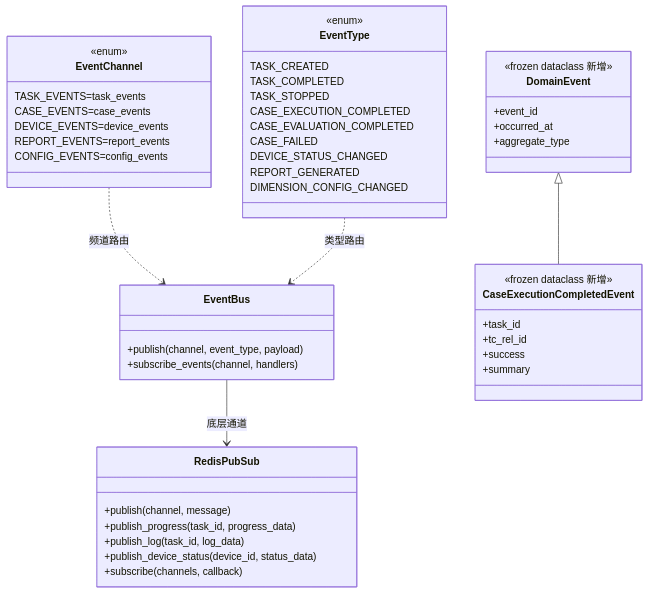
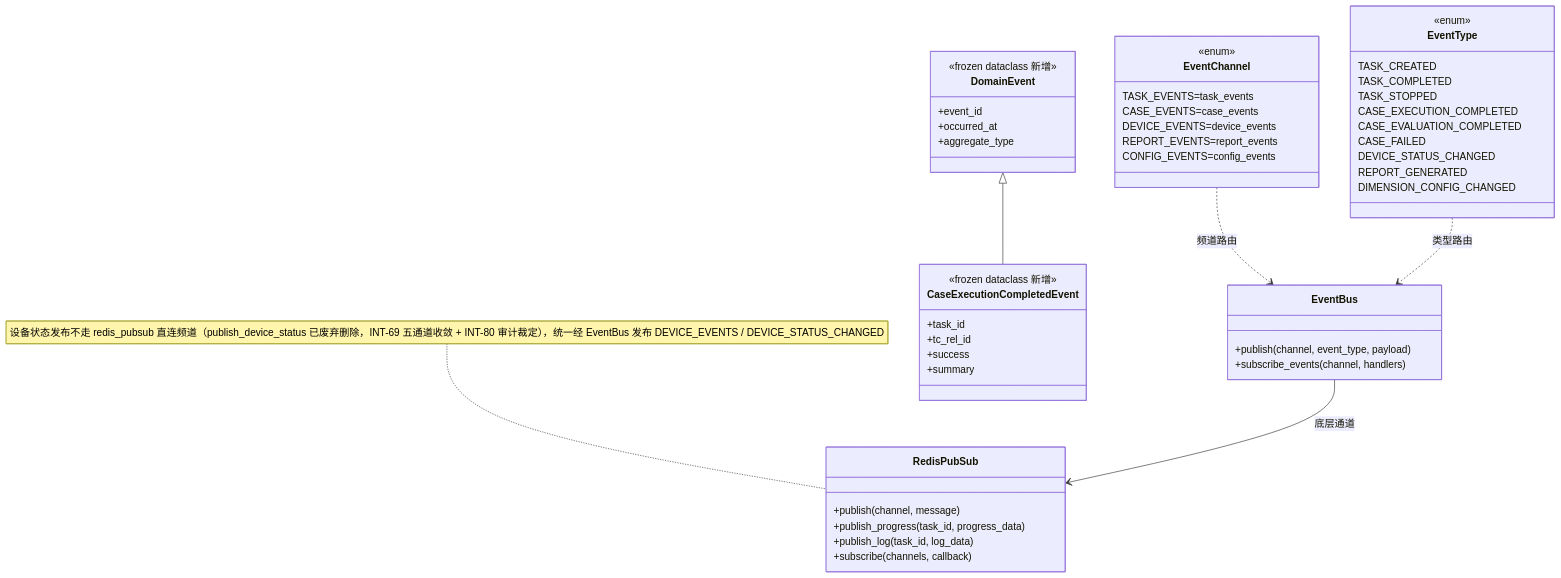
Before and after one commit to ydz-auto/intelligent_audio_test: the third of 17 diagrams in Intelligent-Audio-TEST/doc/功能设计文档/01_测试执行/04_类设计.md, drawn with Mermaid. The commit also changed 16 other files, not shown here.

````diff
--- a/Intelligent-Audio-TEST/doc/功能设计文档/01_测试执行/04_类设计.md
+++ b/Intelligent-Audio-TEST/doc/功能设计文档/01_测试执行/04_类设计.md
@@ -167,51 +167,51 @@
 ```mermaid
 classDiagram
     class EventChannel {
         <<enum>>
         TASK_EVENTS=task_events
         CASE_EVENTS=case_events
         DEVICE_EVENTS=device_events
         REPORT_EVENTS=report_events
         CONFIG_EVENTS=config_events
     }
     class EventType {
         <<enum>>
         TASK_CREATED
         TASK_COMPLETED
         TASK_STOPPED
         CASE_EXECUTION_COMPLETED
         CASE_EVALUATION_COMPLETED
         CASE_FAILED
         DEVICE_STATUS_CHANGED
         REPORT_GENERATED
         DIMENSION_CONFIG_CHANGED
     }
     class RedisPubSub {
         +publish(channel, message)
         +publish_progress(task_id, progress_data)
         +publish_log(task_id, log_data)
-        +publish_device_status(device_id, status_data)
         +subscribe(channels, callback)
     }
+    note for RedisPubSub "设备状态发布不走 redis_pubsub 直连频道（publish_device_status 已废弃删除，INT-69 五通道收敛 + INT-80 审计裁定），统一经 EventBus 发布 DEVICE_EVENTS / DEVICE_STATUS_CHANGED"
     class EventBus {
         +publish(channel, event_type, payload)
         +subscribe_events(channel, handlers)
     }
     class DomainEvent {
         <<frozen dataclass 新增>>
         +event_id
         +occurred_at
         +aggregate_type
     }
     class CaseExecutionCompletedEvent {
         <<frozen dataclass 新增>>
         +task_id
         +tc_rel_id
         +success
         +summary
     }
     EventBus --> RedisPubSub : 底层通道
     EventChannel ..> EventBus : 频道路由
     EventType ..> EventBus : 类型路由
     DomainEvent <|-- CaseExecutionCompletedEvent
 ```
````
